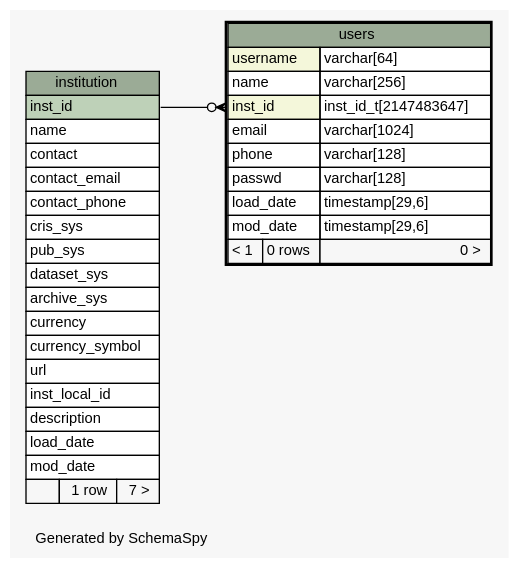
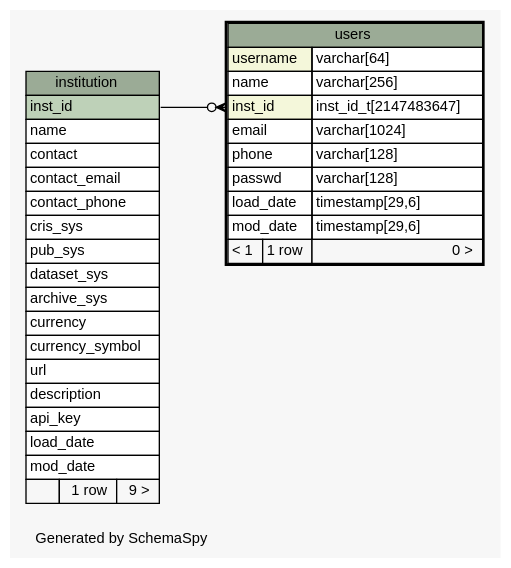
One commit to lulibrary/dmao_infrastructure changed the diagram in ss.out/diagrams/users.1degree.dot. Above: the diagram before and after it, drawn with Graphviz. The commit also changed 79 other files, not shown here.

Commit message:
Addinf API calls to support simple login and access to APIs using an api_key.

```diff
--- a/ss.out/diagrams/users.1degree.dot
+++ b/ss.out/diagrams/users.1degree.dot
@@ -1,65 +1,65 @@
-// dot 2.38.0 on Linux 3.16.0-4-amd64
+// dot 2.36.0 on Linux 3.13.0-63-generic
 // SchemaSpy rev 590
 digraph "oneDegreeRelationshipsDiagram" {
   graph [
     rankdir="RL"
     bgcolor="#f7f7f7"
     label="\nGenerated by SchemaSpy"
     labeljust="l"
     nodesep="0.18"
     ranksep="0.46"
     fontname="Helvetica"
     fontsize="11"
   ];
   node [
     fontname="Helvetica"
     fontsize="11"
     shape="plaintext"
   ];
   edge [
     arrowsize="0.8"
   ];
   "users":"inst_id":w -> "institution":"inst_id":e [arrowhead=none dir=back arrowtail=crowodot];
   "institution" [
     label=<
     <TABLE BORDER="0" CELLBORDER="1" CELLSPACING="0" BGCOLOR="#ffffff">
       <TR><TD COLSPAN="3" BGCOLOR="#9bab96" ALIGN="CENTER">institution</TD></TR>
       <TR><TD PORT="inst_id" COLSPAN="3" BGCOLOR="#bed1b8" ALIGN="LEFT">inst_id</TD></TR>
       <TR><TD PORT="name" COLSPAN="3" ALIGN="LEFT">name</TD></TR>
       <TR><TD PORT="contact" COLSPAN="3" ALIGN="LEFT">contact</TD></TR>
       <TR><TD PORT="contact_email" COLSPAN="3" ALIGN="LEFT">contact_email</TD></TR>
       <TR><TD PORT="contact_phone" COLSPAN="3" ALIGN="LEFT">contact_phone</TD></TR>
       <TR><TD PORT="cris_sys" COLSPAN="3" ALIGN="LEFT">cris_sys</TD></TR>
       <TR><TD PORT="pub_sys" COLSPAN="3" ALIGN="LEFT">pub_sys</TD></TR>
       <TR><TD PORT="dataset_sys" COLSPAN="3" ALIGN="LEFT">dataset_sys</TD></TR>
       <TR><TD PORT="archive_sys" COLSPAN="3" ALIGN="LEFT">archive_sys</TD></TR>
       <TR><TD PORT="currency" COLSPAN="3" ALIGN="LEFT">currency</TD></TR>
       <TR><TD PORT="currency_symbol" COLSPAN="3" ALIGN="LEFT">currency_symbol</TD></TR>
       <TR><TD PORT="url" COLSPAN="3" ALIGN="LEFT">url</TD></TR>
-      <TR><TD PORT="inst_local_id" COLSPAN="3" ALIGN="LEFT">inst_local_id</TD></TR>
       <TR><TD PORT="description" COLSPAN="3" ALIGN="LEFT">description</TD></TR>
+      <TR><TD PORT="api_key" COLSPAN="3" ALIGN="LEFT">api_key</TD></TR>
       <TR><TD PORT="load_date" COLSPAN="3" ALIGN="LEFT">load_date</TD></TR>
       <TR><TD PORT="mod_date" COLSPAN="3" ALIGN="LEFT">mod_date</TD></TR>
-      <TR><TD ALIGN="LEFT" BGCOLOR="#f7f7f7">  </TD><TD ALIGN="RIGHT" BGCOLOR="#f7f7f7">1 row</TD><TD ALIGN="RIGHT" BGCOLOR="#f7f7f7">7 &gt;</TD></TR>
+      <TR><TD ALIGN="LEFT" BGCOLOR="#f7f7f7">  </TD><TD ALIGN="RIGHT" BGCOLOR="#f7f7f7">1 row</TD><TD ALIGN="RIGHT" BGCOLOR="#f7f7f7">9 &gt;</TD></TR>
     </TABLE>>
     URL="institution.html"
     tooltip="institution"
   ];
   "users" [
     label=<
     <TABLE BORDER="2" CELLBORDER="1" CELLSPACING="0" BGCOLOR="#ffffff">
       <TR><TD COLSPAN="3" BGCOLOR="#9bab96" ALIGN="CENTER">users</TD></TR>
       <TR><TD PORT="username" COLSPAN="2" BGCOLOR="#f4f7da" ALIGN="LEFT">username</TD><TD PORT="username.type" ALIGN="LEFT">varchar[64]</TD></TR>
       <TR><TD PORT="name" COLSPAN="2" ALIGN="LEFT">name</TD><TD PORT="name.type" ALIGN="LEFT">varchar[256]</TD></TR>
       <TR><TD PORT="inst_id" COLSPAN="2" BGCOLOR="#f4f7da" ALIGN="LEFT">inst_id</TD><TD PORT="inst_id.type" ALIGN="LEFT">inst_id_t[2147483647]</TD></TR>
       <TR><TD PORT="email" COLSPAN="2" ALIGN="LEFT">email</TD><TD PORT="email.type" ALIGN="LEFT">varchar[1024]</TD></TR>
       <TR><TD PORT="phone" COLSPAN="2" ALIGN="LEFT">phone</TD><TD PORT="phone.type" ALIGN="LEFT">varchar[128]</TD></TR>
       <TR><TD PORT="passwd" COLSPAN="2" ALIGN="LEFT">passwd</TD><TD PORT="passwd.type" ALIGN="LEFT">varchar[128]</TD></TR>
       <TR><TD PORT="load_date" COLSPAN="2" ALIGN="LEFT">load_date</TD><TD PORT="load_date.type" ALIGN="LEFT">timestamp[29,6]</TD></TR>
       <TR><TD PORT="mod_date" COLSPAN="2" ALIGN="LEFT">mod_date</TD><TD PORT="mod_date.type" ALIGN="LEFT">timestamp[29,6]</TD></TR>
-      <TR><TD ALIGN="LEFT" BGCOLOR="#f7f7f7">&lt; 1</TD><TD ALIGN="RIGHT" BGCOLOR="#f7f7f7">0 rows</TD><TD ALIGN="RIGHT" BGCOLOR="#f7f7f7">0 &gt;</TD></TR>
+      <TR><TD ALIGN="LEFT" BGCOLOR="#f7f7f7">&lt; 1</TD><TD ALIGN="RIGHT" BGCOLOR="#f7f7f7">1 row</TD><TD ALIGN="RIGHT" BGCOLOR="#f7f7f7">0 &gt;</TD></TR>
     </TABLE>>
     URL="users.html"
     tooltip="users"
   ];
 }
```
